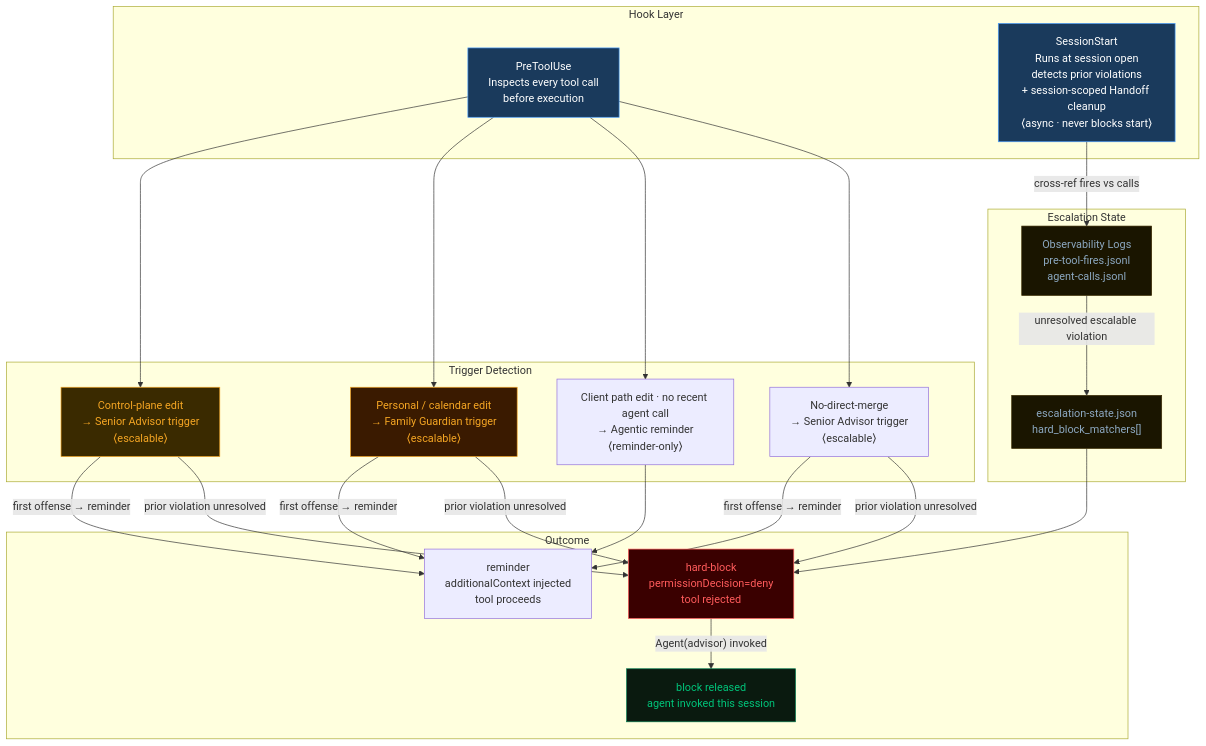
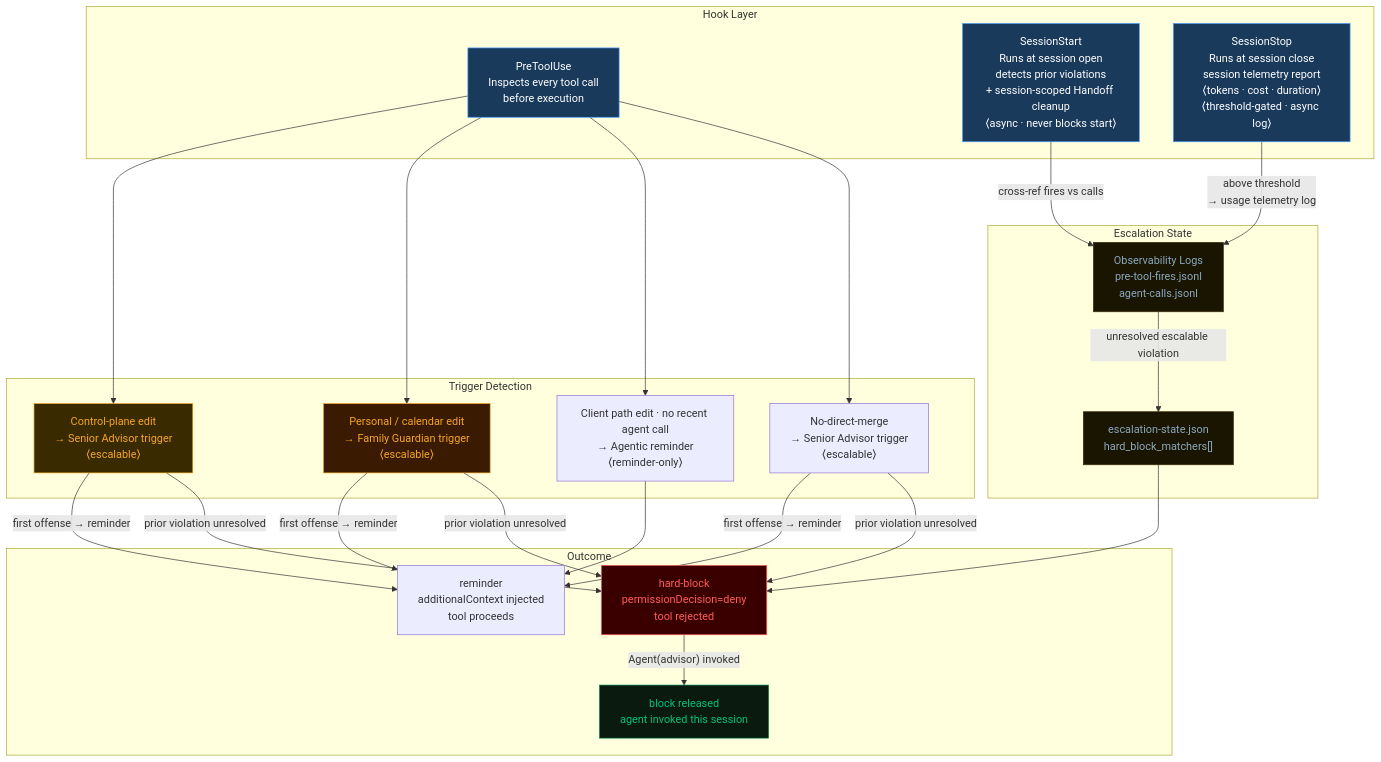
One commit to DScardini91/agentic-os changed the eighth of 8 diagrams in ARCHITECTURE.md. Above: the diagram before and after it, drawn with Mermaid. The commit also changed other lines of this file, not shown here.

First line of the commit message:
arch: weekly sync 2026-W23 — SessionStop telemetry hook, transparent mutations, git identity routing

````diff
--- a/ARCHITECTURE.md
+++ b/ARCHITECTURE.md
@@ -325,43 +325,46 @@
 ```mermaid
 flowchart TD
     subgraph Hooks ["Hook Layer"]
         PTE["PreToolUse\nInspects every tool call\nbefore execution"]
         SSV["SessionStart\nRuns at session open\ndetects prior violations\n+ session-scoped Handoff cleanup\n⟨async · never blocks start⟩"]
+        STP["SessionStop\nRuns at session close\nsession telemetry report\n⟨tokens · cost · duration⟩\n⟨threshold-gated · async log⟩"]
     end
 
     subgraph Detect ["Trigger Detection"]
         T1["Control-plane edit\n→ Senior Advisor trigger\n⟨escalable⟩"]
         T2["Personal / calendar edit\n→ Family Guardian trigger\n⟨escalable⟩"]
         T3["Client path edit · no recent agent call\n→ Agentic reminder\n⟨reminder-only⟩"]
         T4["No-direct-merge\n→ Senior Advisor trigger\n⟨escalable⟩"]
     end
 
     subgraph State ["Escalation State"]
         ESC["escalation-state.json\nhard_block_matchers[]"]
         OBS["Observability Logs\npre-tool-fires.jsonl\nagent-calls.jsonl"]
     end
 
     subgraph Outcome ["Outcome"]
         REM["reminder\nadditionalContext injected\ntool proceeds"]
         BLK["hard-block\npermissionDecision=deny\ntool rejected"]
         REL["block released\nagent invoked this session"]
     end
 
     PTE --> T1 & T2 & T3 & T4
     T1 & T2 & T4 -->|"first offense → reminder"| REM
     T1 & T2 & T4 -->|"prior violation unresolved"| BLK
     T3 --> REM
     SSV -->|"cross-ref fires vs calls"| OBS
+    STP -->|"above threshold\n→ usage telemetry log"| OBS
     OBS -->|"unresolved escalable violation"| ESC
     ESC --> BLK
     BLK -->|"Agent(advisor) invoked"| REL
 
     style PTE fill:#1A3A5C,stroke:#4A9EFF,color:#fff
     style SSV fill:#1A3A5C,stroke:#4A9EFF,color:#fff
+    style STP fill:#1A3A5C,stroke:#4A9EFF,color:#fff
     style T1 fill:#3A2A00,stroke:#F5A623,color:#F5A623
     style T2 fill:#3A1A00,stroke:#F5A623,color:#F5A623
     style BLK fill:#3A0000,stroke:#FF5B5B,color:#FF5B5B
     style REL fill:#0A1A0F,stroke:#007A4D,color:#00C47A
     style ESC fill:#1A1500,stroke:#3A2A00,color:#8CA8C0
     style OBS fill:#1A1500,stroke:#3A2A00,color:#8CA8C0
 ```
````
